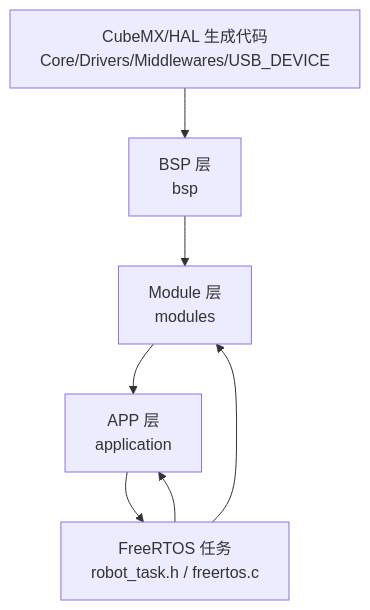
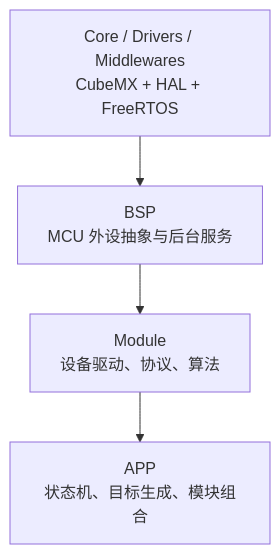
The first of 3 diagrams in doc/项目架构说明.md (LonelyMarch/Basic_Framework_MC02), drawn with Mermaid before and after one commit. The commit also changed other lines of this file and 10793 other files, not shown here.

````diff
--- a/doc/项目架构说明.md
+++ b/doc/项目架构说明.md
@@ -29,15 +11,9 @@
 ```mermaid
 flowchart TD
-    CubeMX["CubeMX/HAL 生成代码<br/>Core/Drivers/Middlewares/USB_DEVICE"]
-    BSP["BSP 层<br/>bsp"]
-    Module["Module 层<br/>modules"]
-    APP["APP 层<br/>application"]
-    RTOS["FreeRTOS 任务<br/>robot_task.h / freertos.c"]
+    Core["Core / Drivers / Middlewares<br/>CubeMX + HAL + FreeRTOS"]
+    BSP["BSP<br/>MCU 外设抽象与后台服务"]
+    Module["Module<br/>设备驱动、协议、算法"]
+    APP["APP<br/>状态机、目标生成、模块组合"]
 
-    CubeMX --> BSP
-    BSP --> Module
-    Module --> APP
-    APP --> RTOS
-    RTOS --> APP
-    RTOS --> Module
+    Core --> BSP --> Module --> APP
 ```
````
